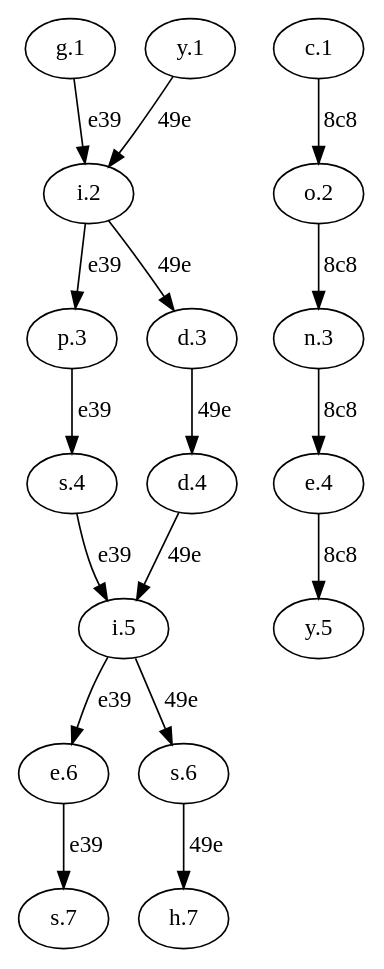
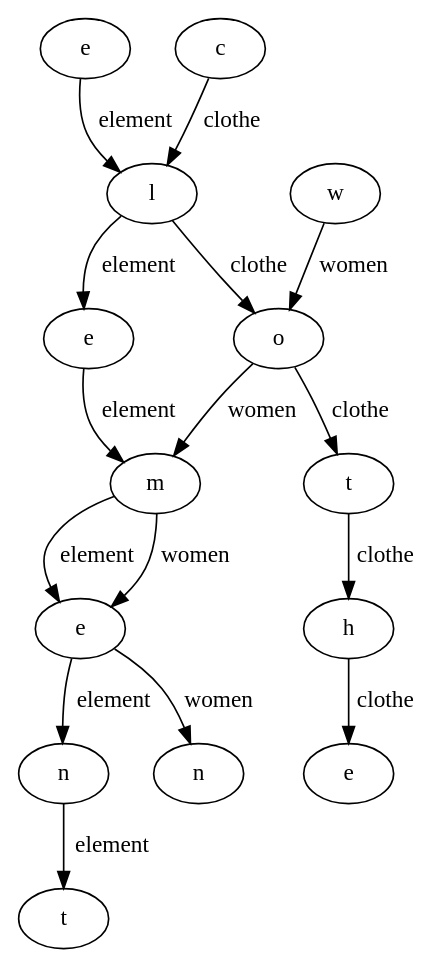
Before and after one commit to MaxMcF/SwitchWords: the diagram in Digraph.gv, drawn with Graphviz. The commit also changed 8 other files, not shown here.

```diff
--- a/Digraph.gv
+++ b/Digraph.gv
@@ -1,37 +1,35 @@
 digraph {
-	"g.1"
-	"g.1" -> "i.2" [label=e39]
-	"y.1"
-	"y.1" -> "i.2" [label="49e"]
-	"c.1"
-	"c.1" -> "o.2" [label="8c8"]
-	"i.2"
-	"i.2" -> "p.3" [label=e39]
-	"i.2"
-	"i.2" -> "d.3" [label="49e"]
-	"o.2"
-	"o.2" -> "n.3" [label="8c8"]
-	"p.3"
-	"p.3" -> "s.4" [label=e39]
-	"d.3"
-	"d.3" -> "d.4" [label="49e"]
-	"n.3"
-	"n.3" -> "e.4" [label="8c8"]
-	"s.4"
-	"s.4" -> "i.5" [label=e39]
-	"d.4"
-	"d.4" -> "i.5" [label="49e"]
-	"e.4"
-	"e.4" -> "y.5" [label="8c8"]
-	"i.5"
-	"i.5" -> "e.6" [label=e39]
-	"i.5"
-	"i.5" -> "s.6" [label="49e"]
-	"y.5"
-	"e.6"
-	"e.6" -> "s.7" [label=e39]
-	"s.6"
-	"s.6" -> "h.7" [label="49e"]
-	"s.7"
-	"h.7"
+	"e.bbcbd" [label=e]
+	"l.651e2" [label=l]
+	"e.08ae2" [label=e]
+	"m.0443c" [label=m]
+	"e.9f13b" [label=e]
+	"n.71bfc" [label=n]
+	"t.03158" [label=t]
+	"e.bbcbd" -> "l.651e2" [label=element]
+	"l.651e2" -> "e.08ae2" [label=element]
+	"e.08ae2" -> "m.0443c" [label=element]
+	"m.0443c" -> "e.9f13b" [label=element]
+	"e.9f13b" -> "n.71bfc" [label=element]
+	"n.71bfc" -> "t.03158" [label=element]
+	"w.6aa24" [label=w]
+	"o.b2bc2" [label=o]
+	"m.0443c" [label=m]
+	"e.9f13b" [label=e]
+	"n.723c5" [label=n]
+	"w.6aa24" -> "o.b2bc2" [label=women]
+	"o.b2bc2" -> "m.0443c" [label=women]
+	"m.0443c" -> "e.9f13b" [label=women]
+	"e.9f13b" -> "n.723c5" [label=women]
+	"c.c25b2" [label=c]
+	"l.651e2" [label=l]
+	"o.b2bc2" [label=o]
+	"t.c4d56" [label=t]
+	"h.9d3da" [label=h]
+	"e.f0180" [label=e]
+	"c.c25b2" -> "l.651e2" [label=clothe]
+	"l.651e2" -> "o.b2bc2" [label=clothe]
+	"o.b2bc2" -> "t.c4d56" [label=clothe]
+	"t.c4d56" -> "h.9d3da" [label=clothe]
+	"h.9d3da" -> "e.f0180" [label=clothe]
 }
```
